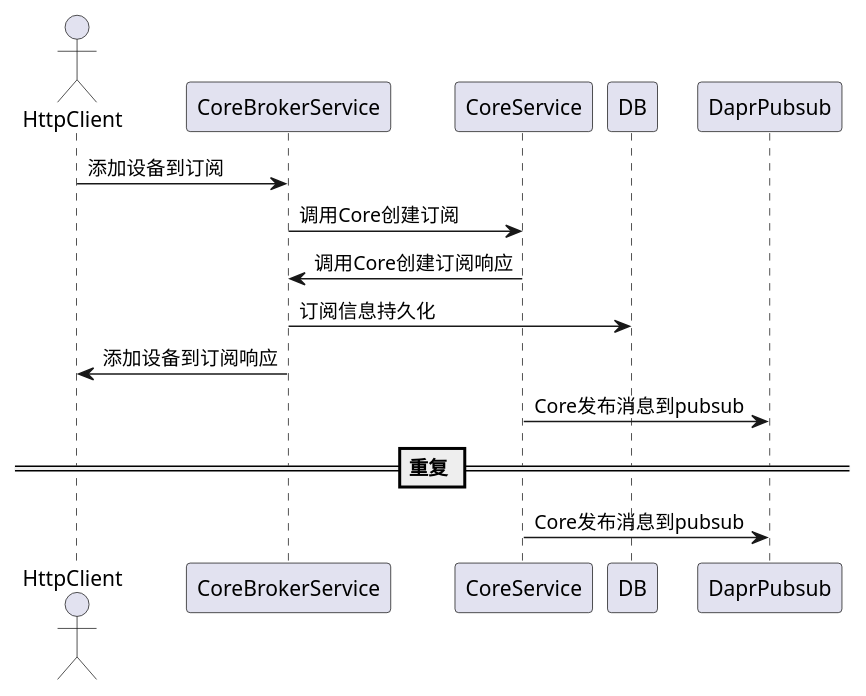
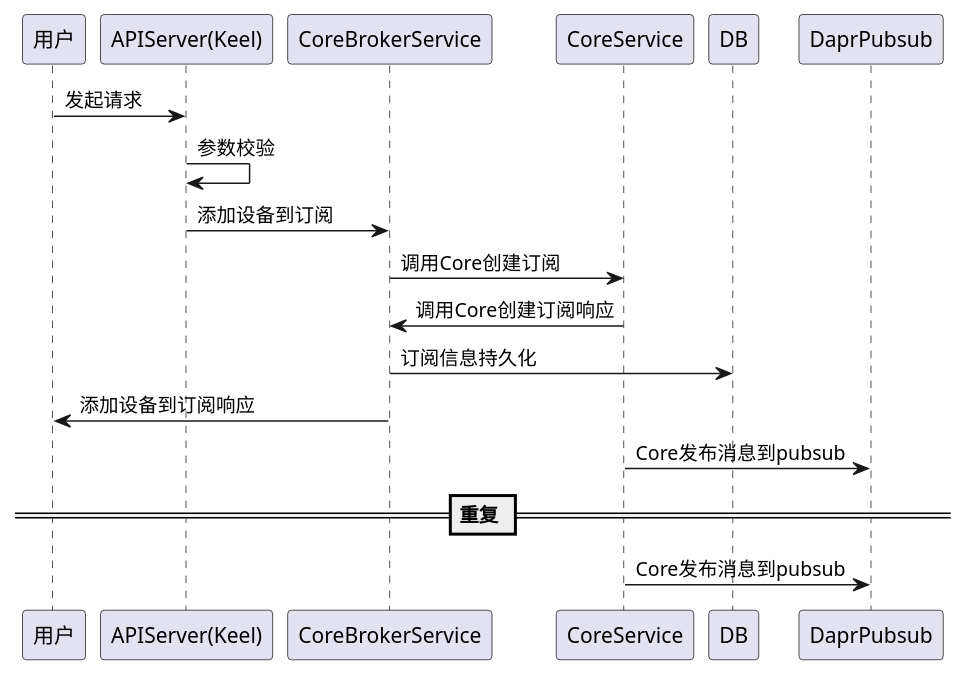
The second of 9 diagrams in docs/api/appendix/plantuml/core_broker.md (tkeel-io/docs), drawn with PlantUML before and after one commit. The commit also changed other lines of this file and 2 other files, not shown here.

````diff
--- a/docs/api/appendix/plantuml/core_broker.md
+++ b/docs/api/appendix/plantuml/core_broker.md
@@ -15,18 +18,21 @@
 ```plantuml
 @startuml
-actor HttpClient
+participant "用户" as user
+participant "APIServer(Keel)"  as keel
 participant CoreBrokerService
 participant CoreService
 participant DB
 participant DaprPubsub
 
-HttpClient->CoreBrokerService:添加设备到订阅
+user->keel: 发起请求
+keel->keel: 参数校验
+keel->CoreBrokerService:添加设备到订阅
 CoreBrokerService->CoreService:调用Core创建订阅
 CoreBrokerService<-CoreService:调用Core创建订阅响应
 CoreBrokerService->DB:订阅信息持久化
-HttpClient<-CoreBrokerService:添加设备到订阅响应
+user<-CoreBrokerService:添加设备到订阅响应
 CoreService->DaprPubsub:Core发布消息到pubsub
 == 重复 ==
 CoreService->DaprPubsub:Core发布消息到pubsub
 @enduml
 ```
````
